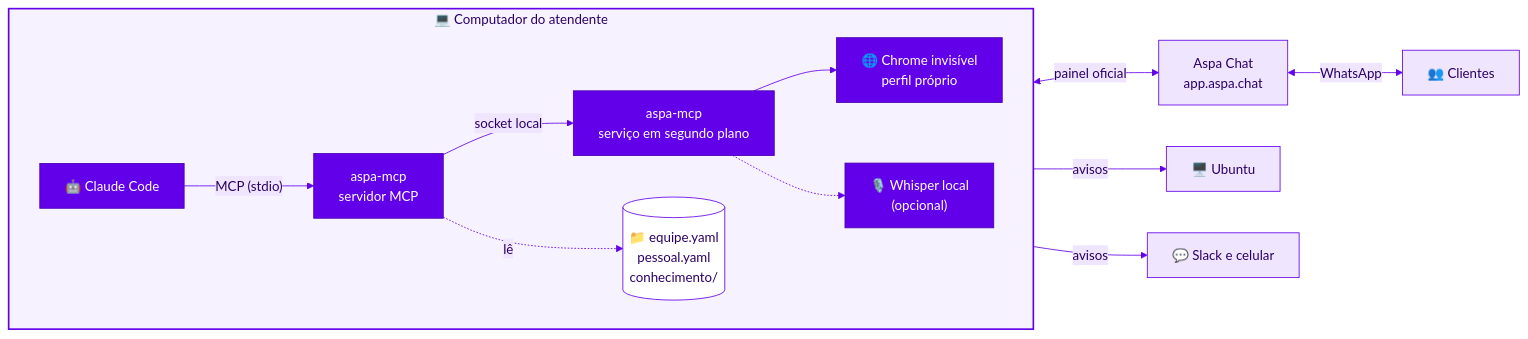
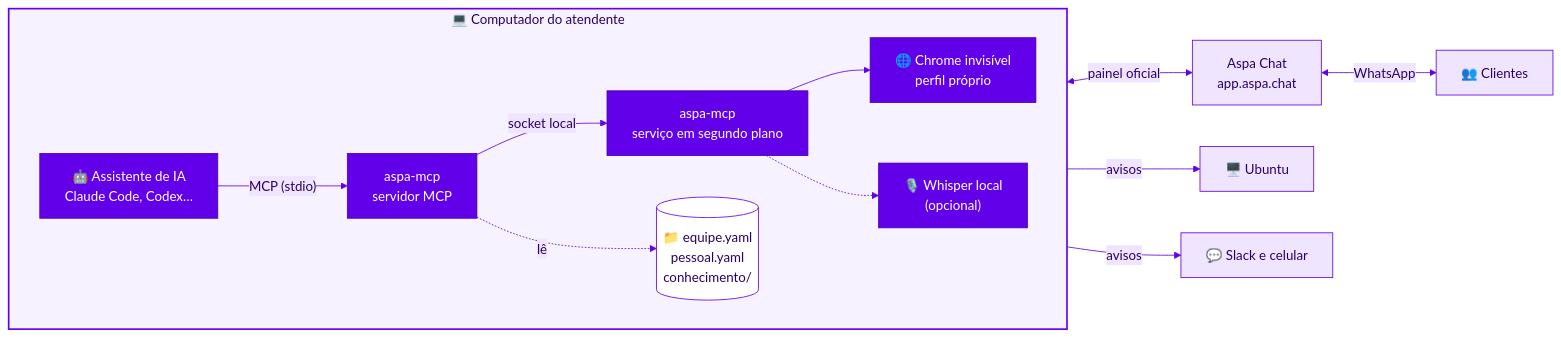
Before and after one commit to kbrianps/aspa-mcp: the diagram in assets/arquitetura.mmd, drawn with Mermaid. The commit also changed 5 other files, not shown here.

First line of the commit message:
docs: generalize diagrams and banner to any AI assistant and fix diagram text overflow

```diff
--- a/assets/arquitetura.mmd
+++ b/assets/arquitetura.mmd
@@ -1,22 +1,22 @@
-%%{init: {"theme": "base", "themeVariables": {"primaryColor": "#6200E9", "primaryTextColor": "#FFFFFF", "primaryBorderColor": "#4A00B0", "lineColor": "#6200E9", "clusterBkg": "#F7F2FF", "clusterBorder": "#6200E9", "edgeLabelBackground": "#EFE5FF", "textColor": "#2B0066", "titleColor": "#2B0066", "fontFamily": "Inter, Segoe UI, Helvetica, Arial, sans-serif"}}}%%
+%%{init: {"theme": "base", "fontFamily": "Inter", "themeVariables": {"primaryColor": "#6200E9", "primaryTextColor": "#FFFFFF", "primaryBorderColor": "#4A00B0", "lineColor": "#6200E9", "clusterBkg": "#F7F2FF", "clusterBorder": "#6200E9", "edgeLabelBackground": "#EFE5FF", "textColor": "#2B0066", "titleColor": "#2B0066", "fontFamily": "Inter"}}}%%
 flowchart LR
     subgraph PC["💻 Computador do atendente"]
         direction LR
-        CC["🤖 Claude Code"] -->|"MCP (stdio)"| MCP["aspa-mcp<br/>servidor MCP"]
+        CC["🤖 Assistente de IA<br/>Claude Code, Codex…"] -->|"MCP (stdio)"| MCP["aspa-mcp<br/>servidor MCP"]
         MCP -->|"socket local"| D["aspa-mcp<br/>serviço em segundo plano"]
         MCP -.->|"lê"| CFG[("📁 equipe.yaml<br/>pessoal.yaml<br/>conhecimento/")]
         D --> CH["🌐 Chrome invisível<br/>perfil próprio"]
         D -.-> W["🎙️ Whisper local<br/>(opcional)"]
     end
     CH <-->|"painel oficial"| ASPA["Aspa Chat<br/>app.aspa.chat"]
     ASPA <-->|"WhatsApp"| CLI["👥 Clientes"]
     D -->|"avisos"| UB["🖥️ Ubuntu"]
     D -->|"avisos"| SL["💬 Slack e celular"]
 
     linkStyle default stroke:#6200E9,color:#2B0066
     classDef default fill:#6200E9,stroke:#4A00B0,color:#FFFFFF
     classDef ext fill:#EFE5FF,stroke:#6200E9,color:#2B0066
     classDef store fill:#FFFFFF,stroke:#6200E9,color:#2B0066
     class ASPA,CLI,UB,SL ext
     class CFG store
     style PC fill:#F7F2FF,stroke:#6200E9,stroke-width:2px,color:#2B0066
```
